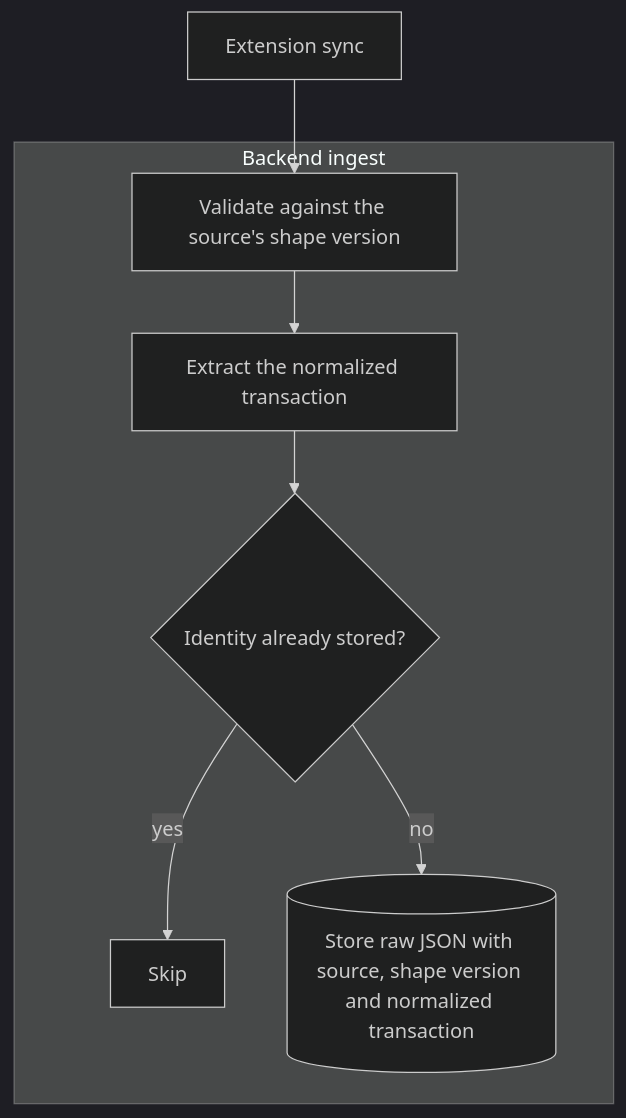
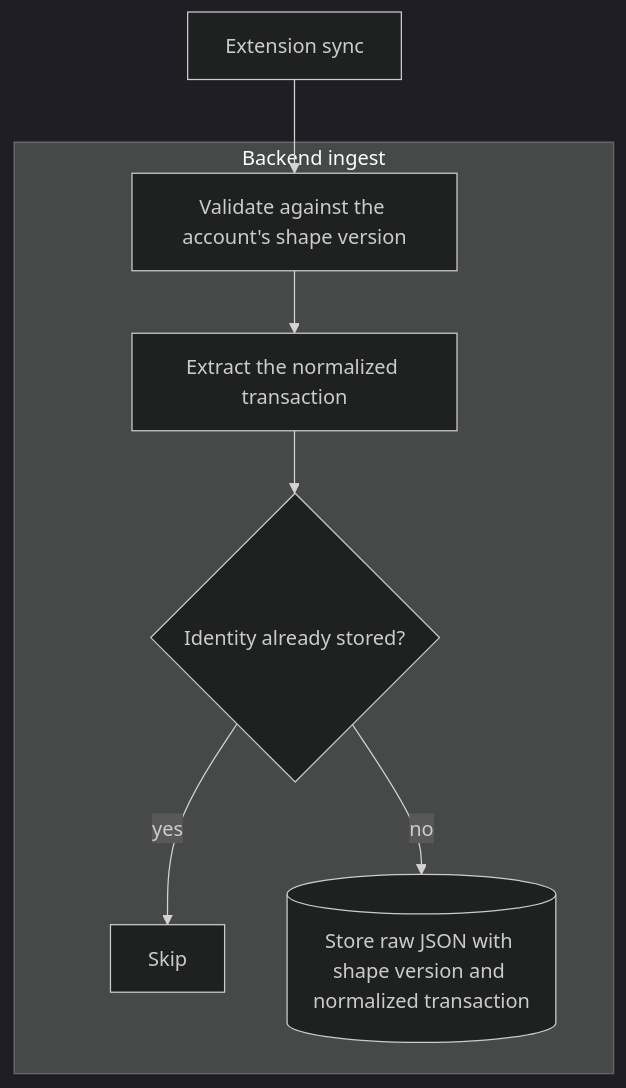
Before and after one commit to lennartmoeller/finance-tracker: the second of 5 diagrams in docs/architecture.md, drawn with Mermaid (dark theme). The commit also changed other lines of this file and 24 other files, not shown here.

Commit message:
refactor!: read raw transactions by their account's bank and type (#26)

````diff
--- a/docs/architecture.md
+++ b/docs/architecture.md
@@ -66,10 +66,10 @@
 ```mermaid
 flowchart TD
   extsync["Extension sync"] --> validate
   subgraph ingest["Backend ingest"]
-    validate["Validate against the source's shape version"] --> extract["Extract the normalized transaction"]
+    validate["Validate against the account's shape version"] --> extract["Extract the normalized transaction"]
     extract --> known{"Identity already stored?"}
     known -- "yes" --> skip["Skip"]
-    known -- "no" --> store[("Store raw JSON with source, shape version and normalized transaction")]
+    known -- "no" --> store[("Store raw JSON with shape version and normalized transaction")]
   end
 ```
````
